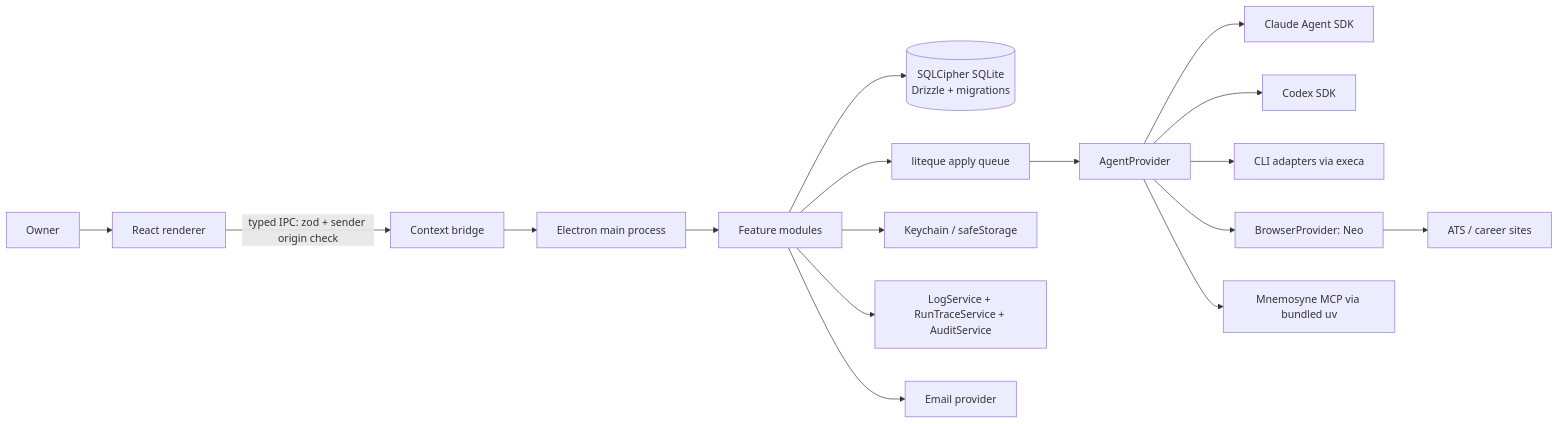
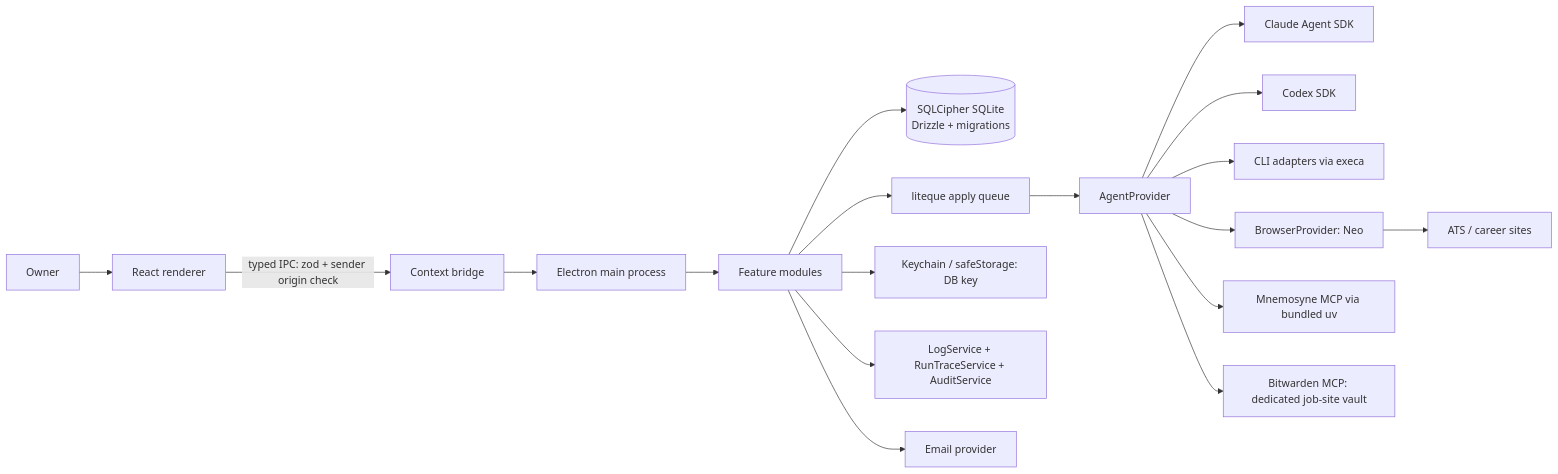
The first of 5 diagrams in docs/architecture.md (sadowb/jobPilot), drawn with Mermaid before and after one commit. The commit also changed other lines of this file and 5 other files, not shown here.

First line of the commit message:
docs: Bitwarden for job-site credentials (ADR 0013) and stable self-signed signing (ADR 0014) (#5)

````diff
--- a/docs/architecture.md
+++ b/docs/architecture.md
@@ -7,19 +7,20 @@
 ```mermaid
 flowchart LR
   Owner[Owner] --> Renderer[React renderer]
   Renderer -->|typed IPC: zod + sender origin check| Preload[Context bridge]
   Preload --> Main[Electron main process]
   Main --> Modules[Feature modules]
   Modules --> DB[(SQLCipher SQLite<br/>Drizzle + migrations)]
   Modules --> Queue[liteque apply queue]
   Queue --> Agents[AgentProvider]
   Agents --> Claude[Claude Agent SDK]
   Agents --> Codex[Codex SDK]
   Agents --> CLI[CLI adapters via execa]
   Agents --> Browser[BrowserProvider: Neo]
   Agents --> Memory[Mnemosyne MCP via bundled uv]
-  Modules --> Secrets[Keychain / safeStorage]
+  Modules --> Secrets[Keychain / safeStorage: DB key]
+  Agents --> Vault[Bitwarden MCP: dedicated job-site vault]
   Modules --> Logs[LogService + RunTraceService + AuditService]
   Browser --> Sites[ATS / career sites]
   Modules --> Mail[Email provider]
 ```
````
